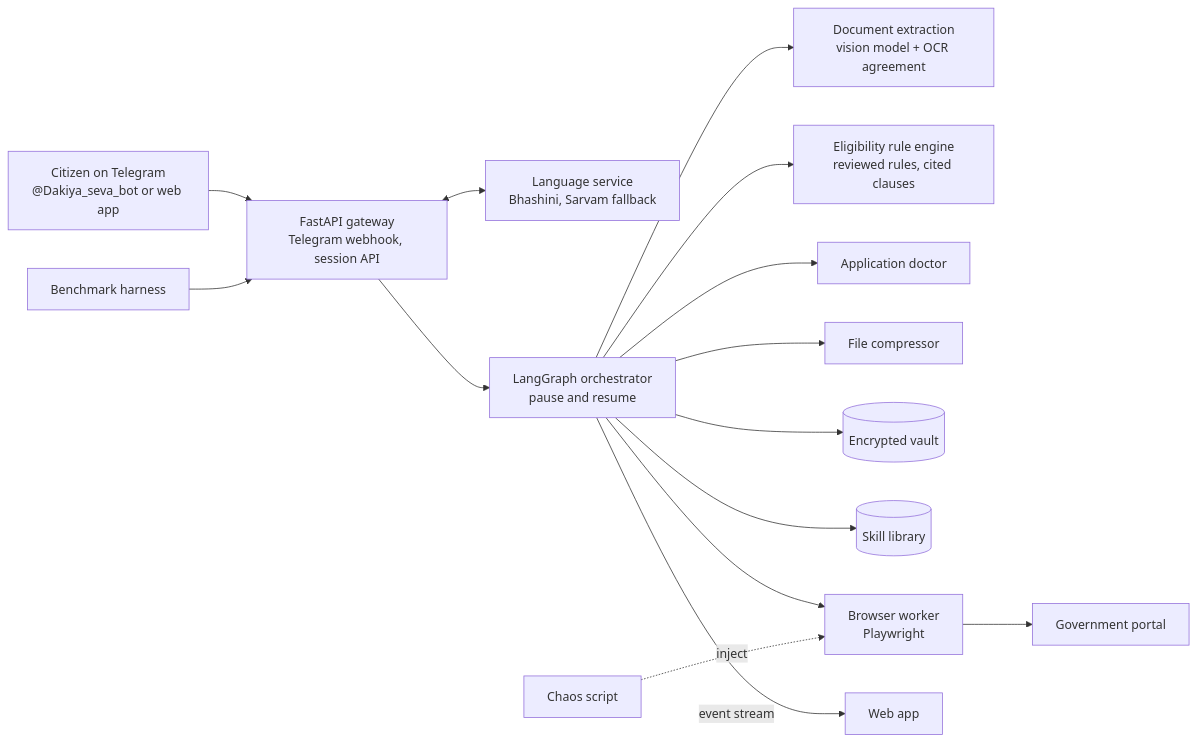
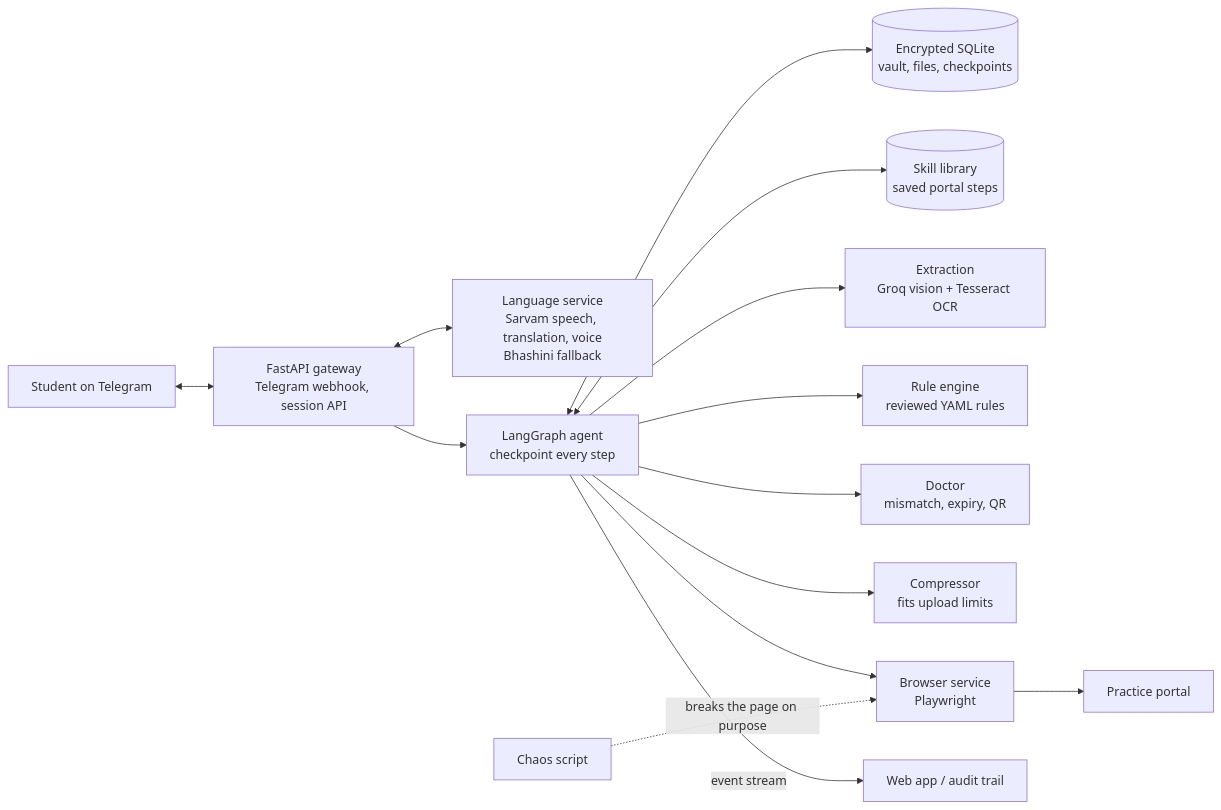
Before and after one commit to Sanjayazhagan/next-wave: the diagram in docs/architecture.mmd, drawn with Mermaid. The commit also changed 6 other files, not shown here.

```diff
--- a/docs/architecture.mmd
+++ b/docs/architecture.mmd
@@ -1,15 +1,15 @@
+%% Dakiya architecture (same diagram as the README).
 flowchart LR
-  U[Citizen on Telegram<br/>@Dakiya_seva_bot or web app] --> G[FastAPI gateway<br/>Telegram webhook, session API]
-  G <--> L[Language service<br/>Bhashini, Sarvam fallback]
-  G --> O[LangGraph orchestrator<br/>pause and resume]
-  O --> X[Document extraction<br/>vision model + OCR agreement]
-  O --> E[Eligibility rule engine<br/>reviewed rules, cited clauses]
-  O --> D[Application doctor]
-  O --> F[File compressor]
-  O --> V[(Encrypted vault)]
-  O --> S[(Skill library)]
-  O --> B[Browser worker<br/>Playwright]
-  B --> P[Government portal]
-  C[Chaos script] -. inject .-> B
-  O -- event stream --> W[Web app]
-  H[Benchmark harness] --> G
+    U["Student on Telegram"] <--> G["FastAPI gateway<br/>Telegram webhook, session API"]
+    G <--> L["Language service<br/>Sarvam speech, translation, voice<br/>Bhashini fallback"]
+    G --> O["LangGraph agent<br/>checkpoint every step"]
+    O <--> V[("Encrypted SQLite<br/>vault, files, checkpoints")]
+    O <--> S[("Skill library<br/>saved portal steps")]
+    O --> X["Extraction<br/>Groq vision + Tesseract OCR"]
+    O --> R["Rule engine<br/>reviewed YAML rules"]
+    O --> D["Doctor<br/>mismatch, expiry, QR"]
+    O --> C["Compressor<br/>fits upload limits"]
+    O --> B["Browser service<br/>Playwright"]
+    B --> P["Practice portal"]
+    K["Chaos script"] -. "breaks the page on purpose" .-> B
+    O -- "event stream" --> W["Web app / audit trail"]
```
